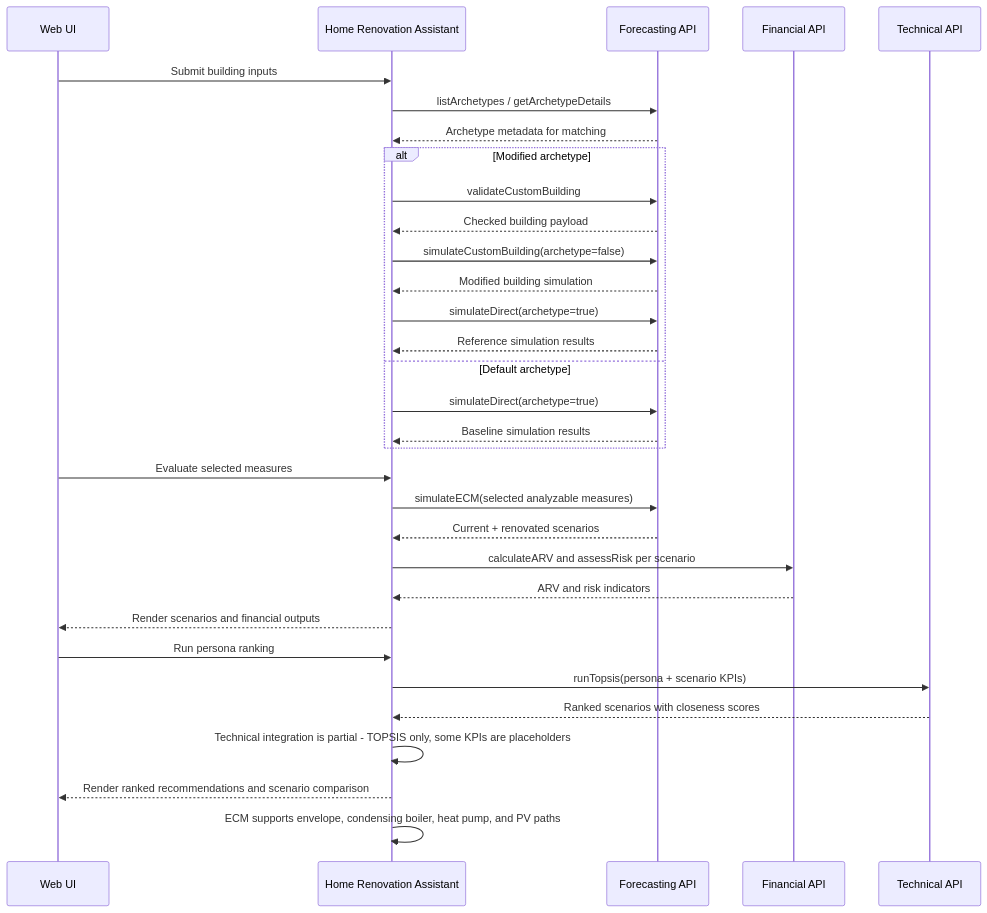
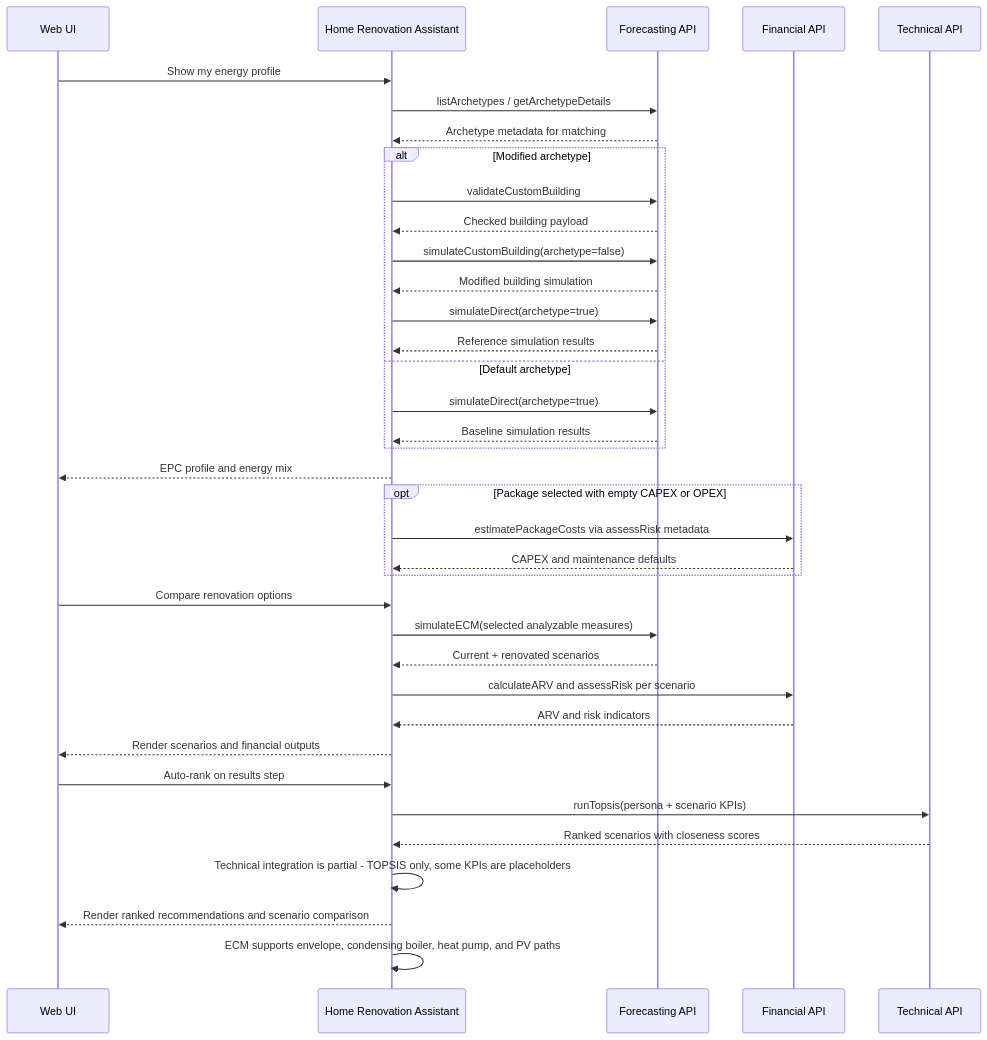
The first of 6 diagrams in README.md (ReLIFE-Project-EU/relife-web-ui), drawn with Mermaid before and after one commit. The commit also changed other lines of this file and 1 other file, not shown here.

````diff
--- a/README.md
+++ b/README.md
@@ -63,37 +63,43 @@
 ```mermaid
 sequenceDiagram
     participant UI as Web UI
     participant HRA as Home Renovation Assistant
     participant FCAST as Forecasting API
     participant FIN as Financial API
     participant TECH as Technical API
 
-    UI->>HRA: Submit building inputs
+    UI->>HRA: Show my energy profile
     HRA->>FCAST: listArchetypes / getArchetypeDetails
     FCAST-->>HRA: Archetype metadata for matching
     alt Modified archetype
       HRA->>FCAST: validateCustomBuilding
       FCAST-->>HRA: Checked building payload
       HRA->>FCAST: simulateCustomBuilding(archetype=false)
       FCAST-->>HRA: Modified building simulation
       HRA->>FCAST: simulateDirect(archetype=true)
       FCAST-->>HRA: Reference simulation results
     else Default archetype
       HRA->>FCAST: simulateDirect(archetype=true)
       FCAST-->>HRA: Baseline simulation results
     end
+    HRA-->>UI: EPC profile and energy mix
 
-    UI->>HRA: Evaluate selected measures
+    opt Package selected with empty CAPEX or OPEX
+      HRA->>FIN: estimatePackageCosts via assessRisk metadata
+      FIN-->>HRA: CAPEX and maintenance defaults
+    end
+
+    UI->>HRA: Compare renovation options
     HRA->>FCAST: simulateECM(selected analyzable measures)
     FCAST-->>HRA: Current + renovated scenarios
     HRA->>FIN: calculateARV and assessRisk per scenario
     FIN-->>HRA: ARV and risk indicators
     HRA-->>UI: Render scenarios and financial outputs
 
-    UI->>HRA: Run persona ranking
+    UI->>HRA: Auto-rank on results step
     HRA->>TECH: runTopsis(persona + scenario KPIs)
     TECH-->>HRA: Ranked scenarios with closeness scores
     HRA->>HRA: Technical integration is partial - TOPSIS only, some KPIs are placeholders
     HRA-->>UI: Render ranked recommendations and scenario comparison
     HRA->>HRA: ECM supports envelope, condensing boiler, heat pump, and PV paths
 ```
````
